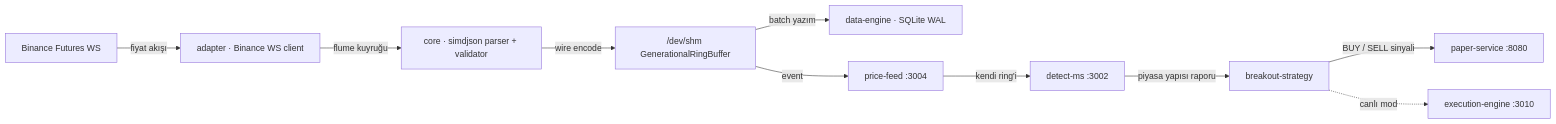
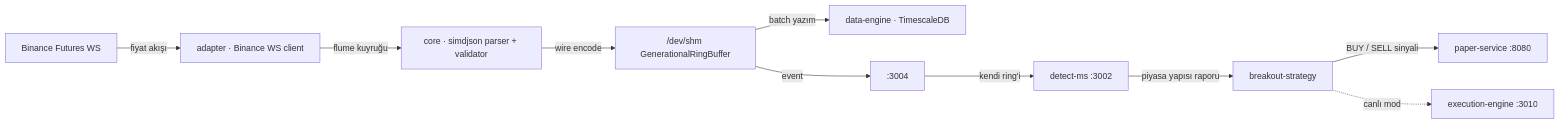
One commit to Quant-Trade-Lab-Community/cycle_finance_bot changed the second of 11 diagrams in docs/PROJE_KOKU_KAYNAK_KODU.md. Above: the diagram before and after it, drawn with Mermaid. The commit also changed other lines of this file and 165 other files, not shown here.

Commit message:
docs: remove deleted services' code dumps and update architecture (Bölüm 3, 2, 1); update Cargo.toml workspace; update mermaid flowcharts; remove SQLite refs

````diff
--- a/docs/PROJE_KOKU_KAYNAK_KODU.md
+++ b/docs/PROJE_KOKU_KAYNAK_KODU.md
@@ -130,23 +130,23 @@
 ```mermaid
 flowchart LR
     ws["Binance Futures WS"]
     adapter["adapter · Binance WS client"]
     core["core · simdjson parser + validator"]
     ring1["/dev/shm GenerationalRingBuffer"]
-    db["data-engine · SQLite WAL"]
-    pf["price-feed :3004"]
+    db["data-engine · TimescaleDB"]
+    pf[":3004"]
     dm["detect-ms :3002"]
     bs["breakout-strategy"]
     paper["paper-service :8080"]
     exec["execution-engine :3010"]
 
     ws -->|"fiyat akışı"| adapter
     adapter -->|"flume kuyruğu"| core
     core -->|"wire encode"| ring1
     ring1 -->|"batch yazım"| db
     ring1 -->|"event"| pf
     pf -->|"kendi ring'i"| dm
     dm -->|"piyasa yapısı raporu"| bs
     bs -->|"BUY / SELL sinyali"| paper
     bs -.->|"canlı mod"| exec
 ```
````
